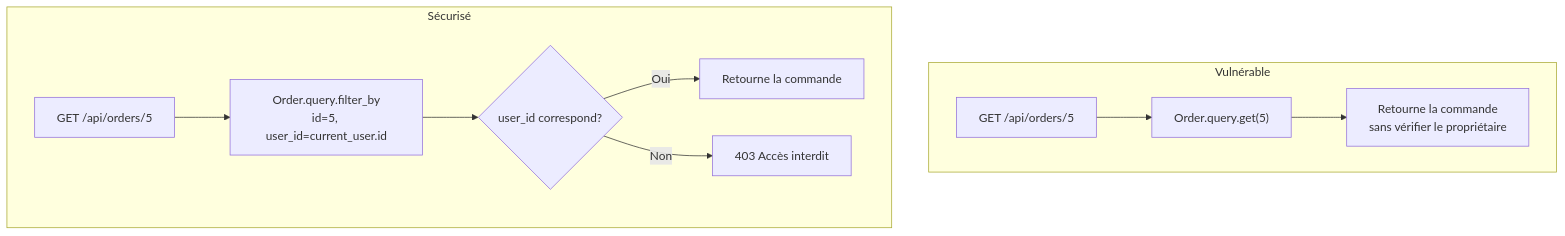
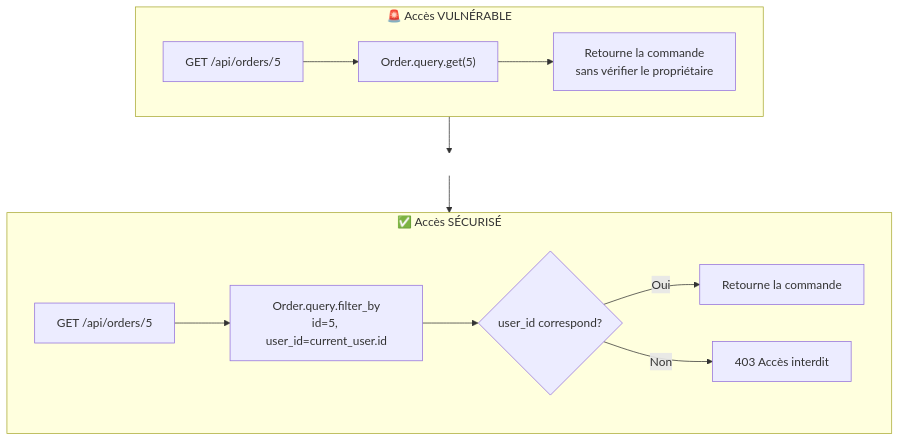
The second of 6 diagrams in seance2.md (fabrice1618/security_by_design), drawn with Mermaid before and after one commit. The commit also changed 1 other file, not shown here.

Commit message:
formatage diagrammes

````diff
--- a/seance2.md
+++ b/seance2.md
@@ -285,13 +285,21 @@
 ```mermaid
 graph TD
-    subgraph Vulnérable
+    subgraph Vulnérable["🚨 Accès VULNÉRABLE"]
         V1["GET /api/orders/5"] --> V2["Order.query.get(5)"]
         V2 --> V3["Retourne la commande<br/>sans vérifier le propriétaire"]
     end
-    subgraph Sécurisé
+    
+    space1[" "]
+    
+    subgraph Sécurisé["✅ Accès SÉCURISÉ"]
         S1["GET /api/orders/5"] --> S2["Order.query.filter_by<br/>id=5, user_id=current_user.id"]
         S2 --> S3{"user_id correspond?"}
         S3 -->|Oui| S4["Retourne la commande"]
         S3 -->|Non| S5["403 Accès interdit"]
     end
+    
+    Vulnérable --> space1
+    space1 --> Sécurisé
+    
+    style space1 fill:none,stroke:none
 ```
````
